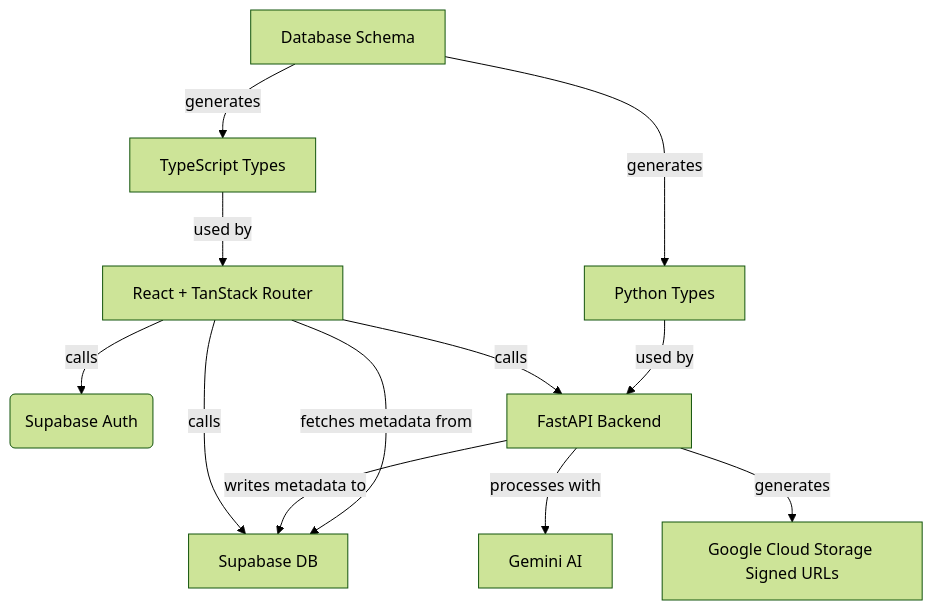
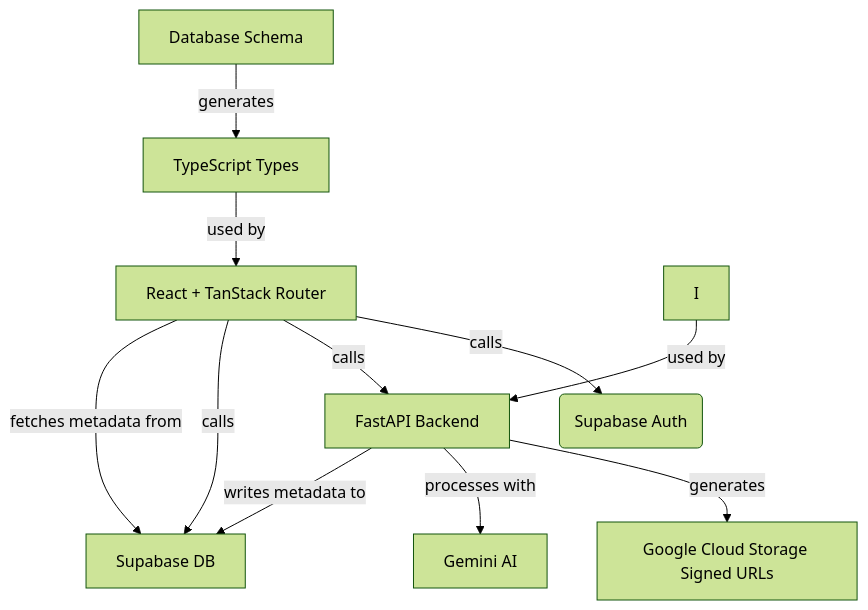
The first of 2 diagrams in README.md (ParkerRex/echo), drawn with Mermaid (forest theme) before and after one commit. The commit also changed other lines of this file and 172 other files, not shown here.

````diff
--- a/README.md
+++ b/README.md
@@ -164,14 +162,13 @@
 ```mermaid
 graph TD
   A[React + TanStack Router] -->|calls| B(Supabase Auth)
   A -->|calls| C[FastAPI Backend]
   A -->|calls| D[Supabase DB]
   C -->|generates| E[Google Cloud Storage Signed URLs]
   C -->|processes with| F[Gemini AI]
   C -->|writes metadata to| D
   A -->|fetches metadata from| D
   G[Database Schema] -->|generates| H[TypeScript Types]
-  G -->|generates| I[Python Types]
   H -->|used by| A
   I -->|used by| C
 ```
````
